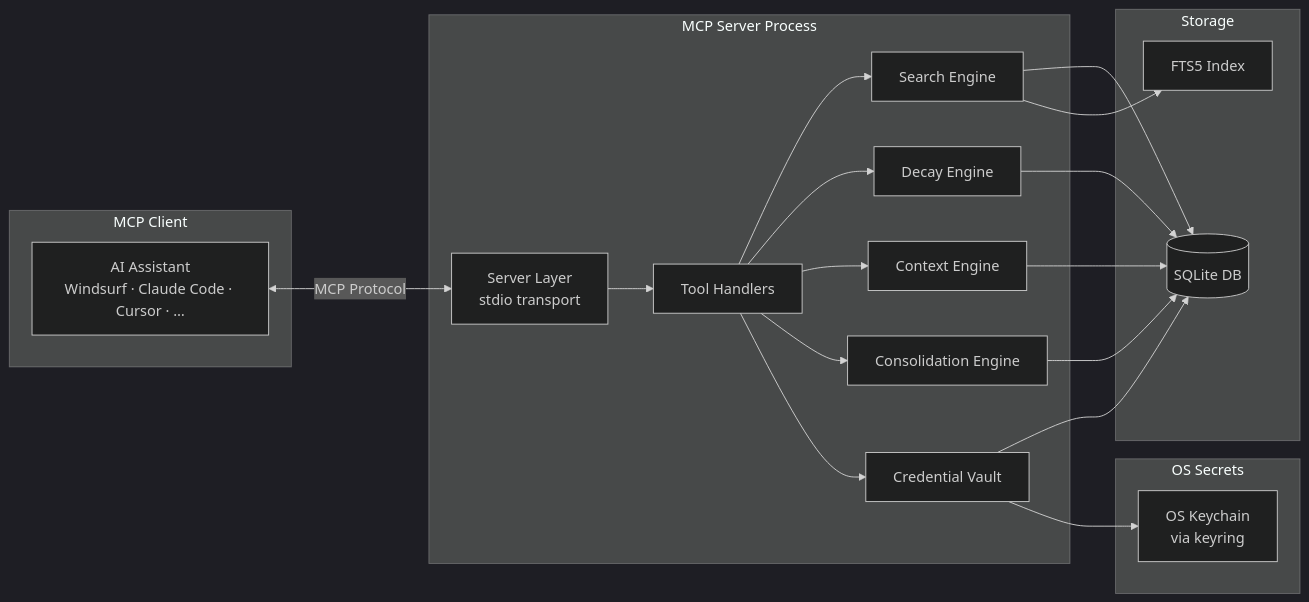
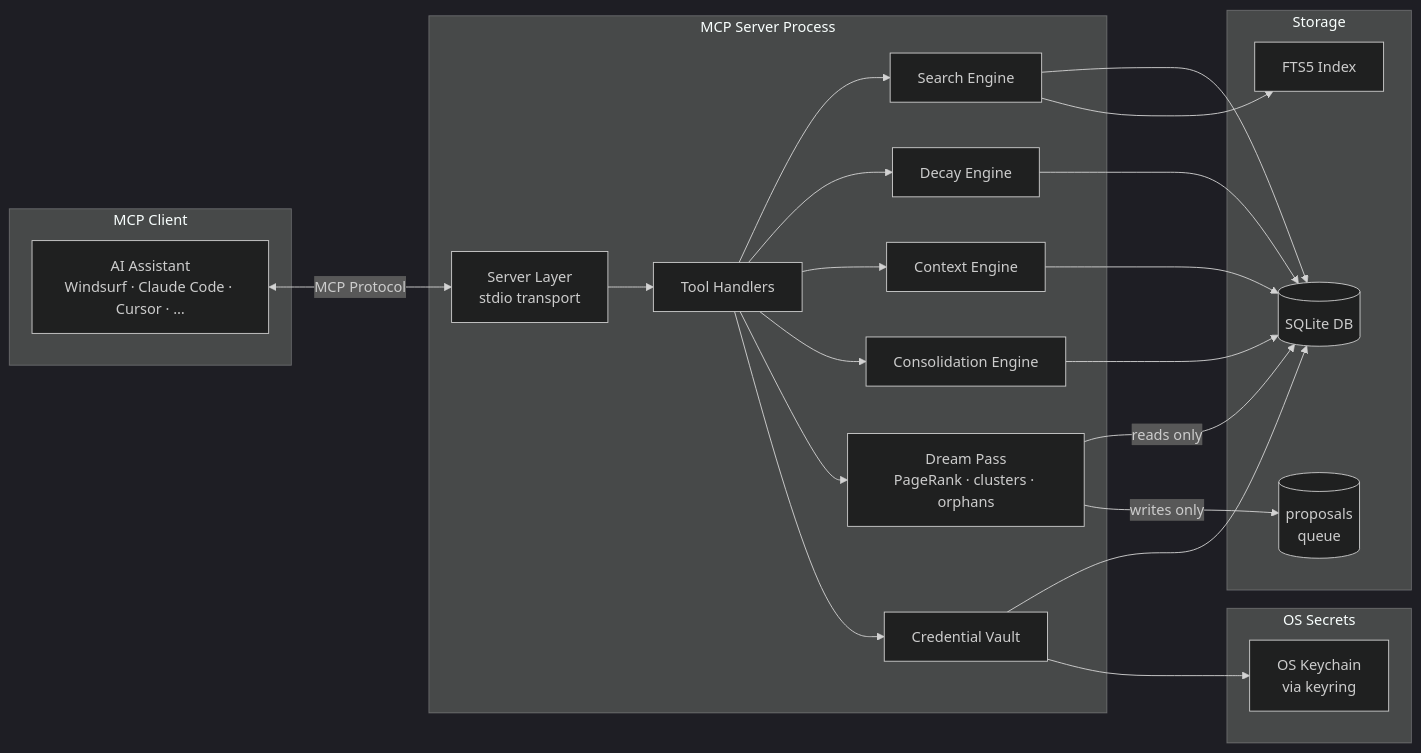
Before and after one commit to gingugu/gingugu: the diagram in docs/architecture.md, drawn with Mermaid (dark theme). The commit also changed other lines of this file and 25 other files, not shown here.

First line of the commit message:
feat: a pass that computes what the graph knows, and stops before deciding what it means (#72)

````diff
--- a/docs/architecture.md
+++ b/docs/architecture.md
@@ -11,40 +11,45 @@
 ```mermaid
 graph LR
     subgraph MCP Client
         A[AI Assistant<br/>Windsurf · Claude Code · Cursor · …]
     end
 
     subgraph MCP Server Process
         B[Server Layer<br/>stdio transport]
         C[Tool Handlers]
         D[Search Engine]
         E[Decay Engine]
         F[Context Engine]
         G[Consolidation Engine]
+        L[Dream Pass<br/>PageRank · clusters · orphans]
         K[Credential Vault]
     end
 
     subgraph Storage
         H[(SQLite DB)]
         I[FTS5 Index]
+        P[(proposals<br/>queue)]
     end
 
     subgraph OS Secrets
         J[OS Keychain<br/>via keyring]
     end
 
     A <-->|MCP Protocol| B
     B --> C
     C --> D
     C --> E
     C --> F
     C --> G
+    C --> L
     C --> K
     D --> H
     D --> I
     E --> H
     F --> H
     G --> H
+    L -->|reads only| H
+    L -->|writes only| P
     K --> H
     K --> J
 ```
````
